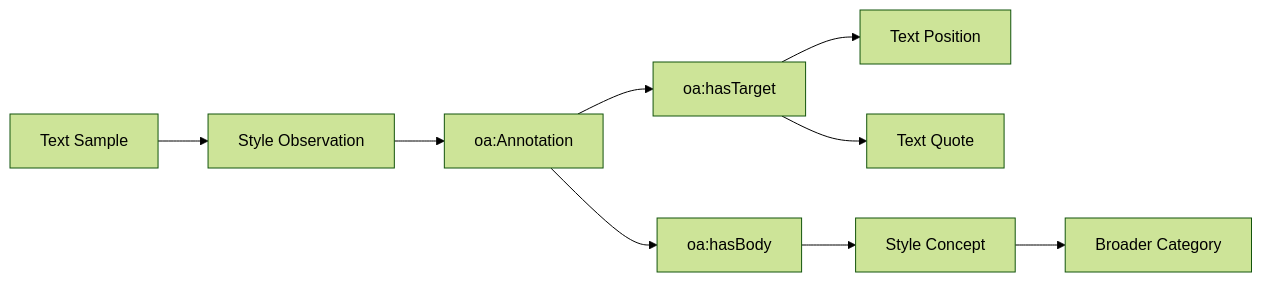
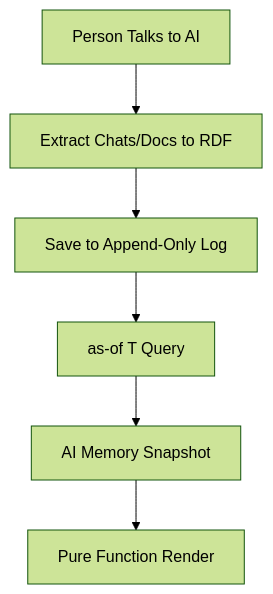
The fourth of 7 diagrams in presenter.md (Synthetic-Identity-Co/conj-talk-2025), drawn with Mermaid (forest theme) before and after one commit. The commit also changed other lines of this file, not shown here.

````diff
--- a/presenter.md
+++ b/presenter.md
@@ -217,11 +138,8 @@
 ```mermaid
-graph LR
-    A[Text Sample] --> B[Style Observation]
-    B --> C[oa:Annotation]
-    C --> D[oa:hasTarget]
-    C --> E[oa:hasBody]
-    D --> F[Text Position]
-    D --> G[Text Quote]
-    E --> H[Style Concept]
-    H --> I[Broader Category]
+graph TD
+    A[Person Talks to AI] --> B[Extract Chats/Docs to RDF]
+    B --> C[Save to Append-Only Log]
+    C --> D[as-of T Query]
+    D --> E[AI Memory Snapshot]
+    E --> F[Pure Function Render]
 ```
````
